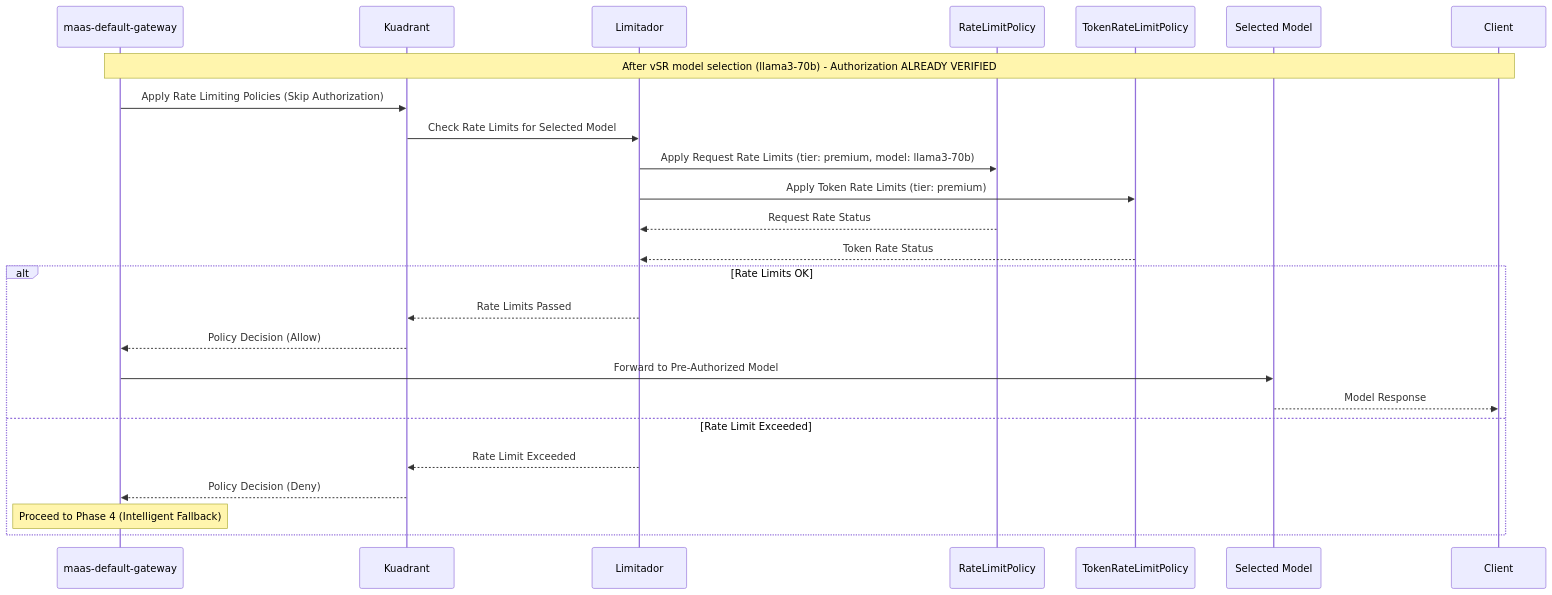
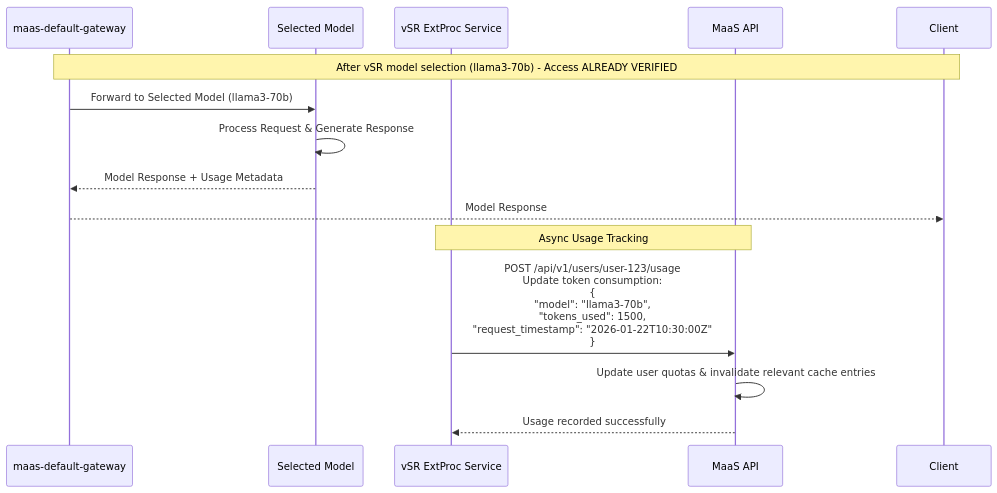
Before and after one commit to noyitz/maas-billing: the seventh of 9 diagrams in docs/designs/vSR-Integration/README.md, drawn with Mermaid. The commit also changed other lines of this file, not shown here.

````diff
--- a/docs/designs/vSR-Integration/README.md
+++ b/docs/designs/vSR-Integration/README.md
@@ -342,29 +331,19 @@
 ```mermaid
 sequenceDiagram
     participant Gateway as maas-default-gateway
-    participant Kuadrant
-    participant Limitador
-    participant RateLimitPolicy
-    participant TokenRateLimitPolicy
     participant KServe as Selected Model
+    participant vSR as vSR ExtProc Service
+    participant MaaSAPI as MaaS API
     participant Client
     
-    Note over Gateway,Client: After vSR model selection (llama3-70b) - Authorization ALREADY VERIFIED
-    Gateway->>Kuadrant: Apply Rate Limiting Policies (Skip Authorization)
-    Kuadrant->>Limitador: Check Rate Limits for Selected Model
-    Limitador->>RateLimitPolicy: Apply Request Rate Limits (tier: premium, model: llama3-70b)
-    Limitador->>TokenRateLimitPolicy: Apply Token Rate Limits (tier: premium)
-    RateLimitPolicy-->>Limitador: Request Rate Status
-    TokenRateLimitPolicy-->>Limitador: Token Rate Status
+    Note over Gateway,Client: After vSR model selection (llama3-70b) - Access ALREADY VERIFIED
+    Gateway->>KServe: Forward to Selected Model (llama3-70b)
+    KServe->>KServe: Process Request & Generate Response
+    KServe-->>Gateway: Model Response + Usage Metadata
+    Gateway-->>Client: Model Response
     
-    alt Rate Limits OK
-        Limitador-->>Kuadrant: Rate Limits Passed
-        Kuadrant-->>Gateway: Policy Decision (Allow)
-        Gateway->>KServe: Forward to Pre-Authorized Model
-        KServe-->>Client: Model Response
-    else Rate Limit Exceeded
-        Limitador-->>Kuadrant: Rate Limit Exceeded
-        Kuadrant-->>Gateway: Policy Decision (Deny)
-        Note over Gateway: Proceed to Phase 4 (Intelligent Fallback)
-    end
+    Note over vSR,MaaSAPI: Async Usage Tracking
+    vSR->>MaaSAPI: POST /api/v1/users/user-123/usage<br/>Update token consumption:<br/>{<br/>"model": "llama3-70b",<br/>"tokens_used": 1500,<br/>"request_timestamp": "2026-01-22T10:30:00Z"<br/>}
+    MaaSAPI->>MaaSAPI: Update user quotas & invalidate relevant cache entries
+    MaaSAPI-->>vSR: Usage recorded successfully
 ```
````
